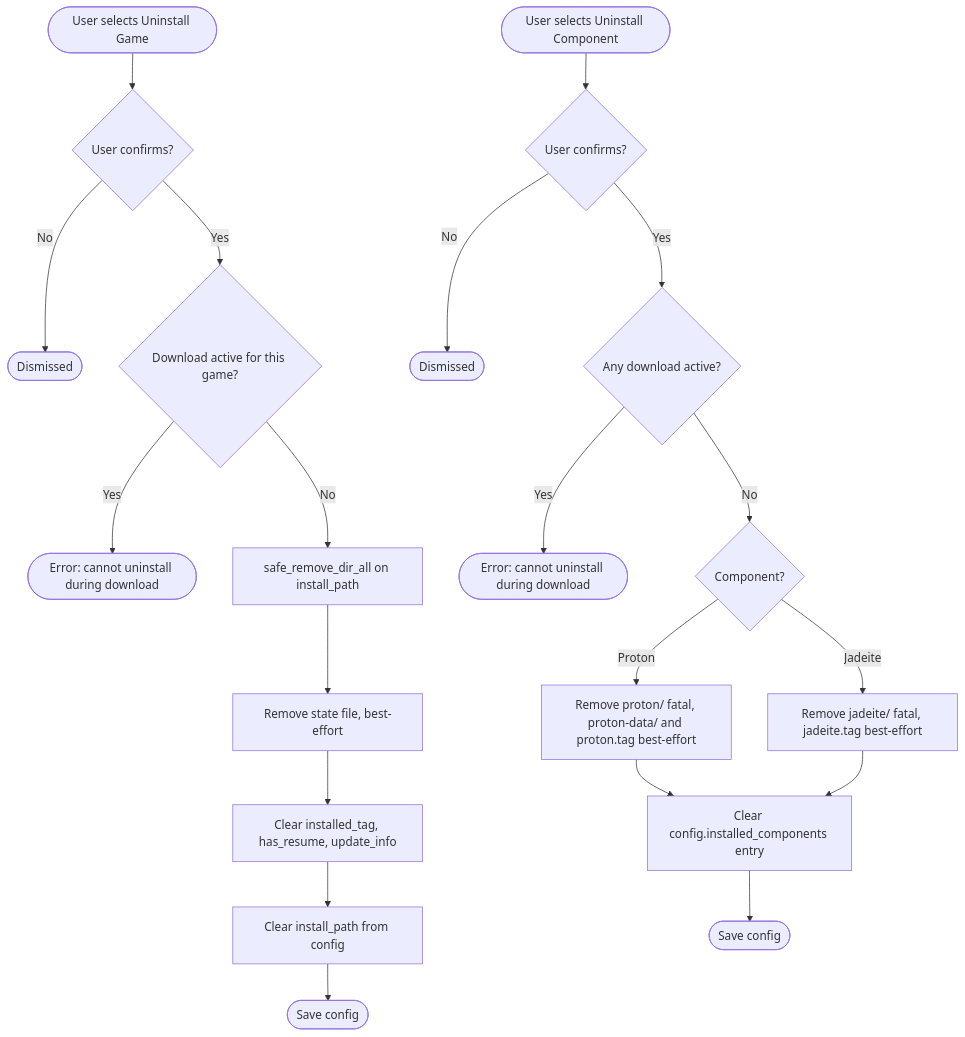
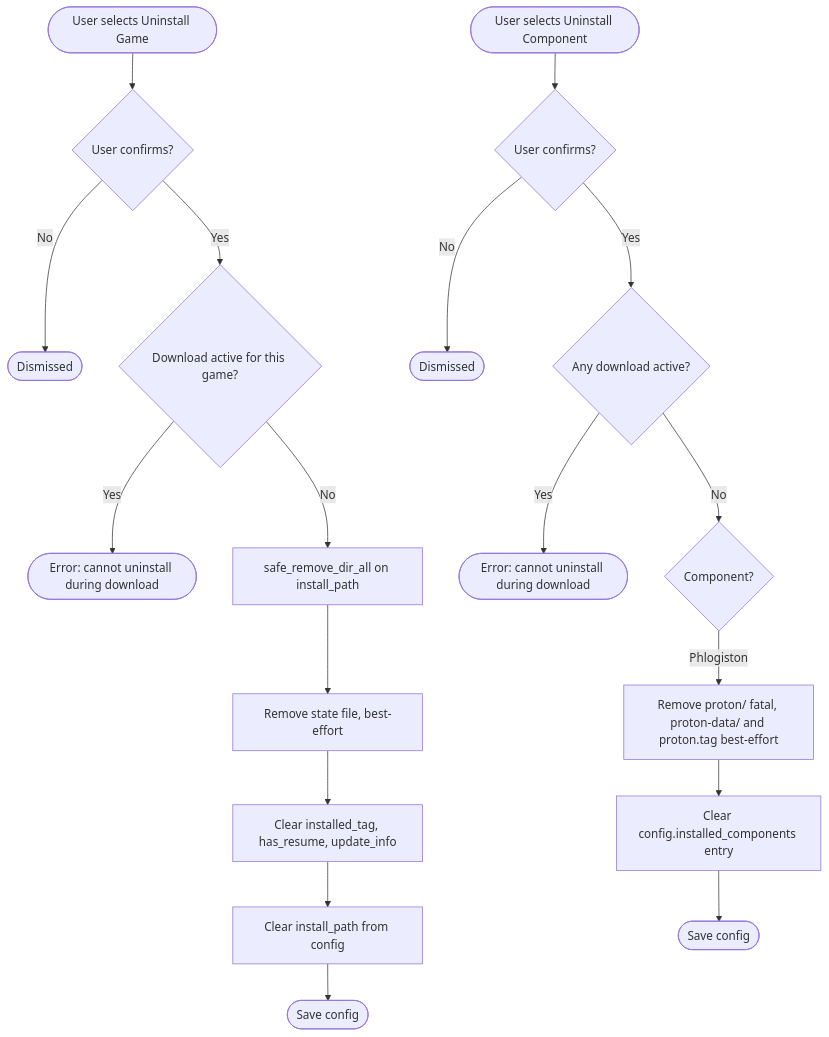
Before and after one commit to ChakornK/elysiae-tui: diagram 17 of 21 in UX.md, drawn with Mermaid. The commit also changed other lines of this file and 9 other files, not shown here.

````diff
--- a/UX.md
+++ b/UX.md
@@ -422,23 +413,21 @@
 ```mermaid
 flowchart TD
     SelectGame([User selects Uninstall Game]) --> ConfirmG{User confirms?}
     ConfirmG -->|No| CancelGame([Dismissed])
     ConfirmG -->|Yes| GuardGame{Download active for this game?}
     GuardGame -->|Yes| Error([Error: cannot uninstall during download])
     GuardGame -->|No| RemoveDir[safe_remove_dir_all on install_path]
     RemoveDir --> RemoveState[Remove state file, best-effort]
     RemoveState --> ClearStatus[Clear installed_tag, has_resume, update_info]
     ClearStatus --> ClearConfig[Clear install_path from config]
     ClearConfig --> SaveConfigGame([Save config])
 
     SelectComp([User selects Uninstall Component]) --> ConfirmC{User confirms?}
     ConfirmC -->|No| CancelComp([Dismissed])
     ConfirmC -->|Yes| GuardComp{Any download active?}
     GuardComp -->|Yes| ErrorComp([Error: cannot uninstall during download])
     GuardComp -->|No| WhichComp{Component?}
-    WhichComp -->|Proton| RemoveProton[Remove proton/ fatal, proton-data/ and proton.tag best-effort]
-    WhichComp -->|Jadeite| RemoveJadeite[Remove jadeite/ fatal, jadeite.tag best-effort]
+    WhichComp -->|Phlogiston| RemoveProton[Remove proton/ fatal, proton-data/ and proton.tag best-effort]
     RemoveProton --> ClearCompConfig[Clear config.installed_components entry]
-    RemoveJadeite --> ClearCompConfig
     ClearCompConfig --> SaveConfigComp([Save config])
 ```
````
